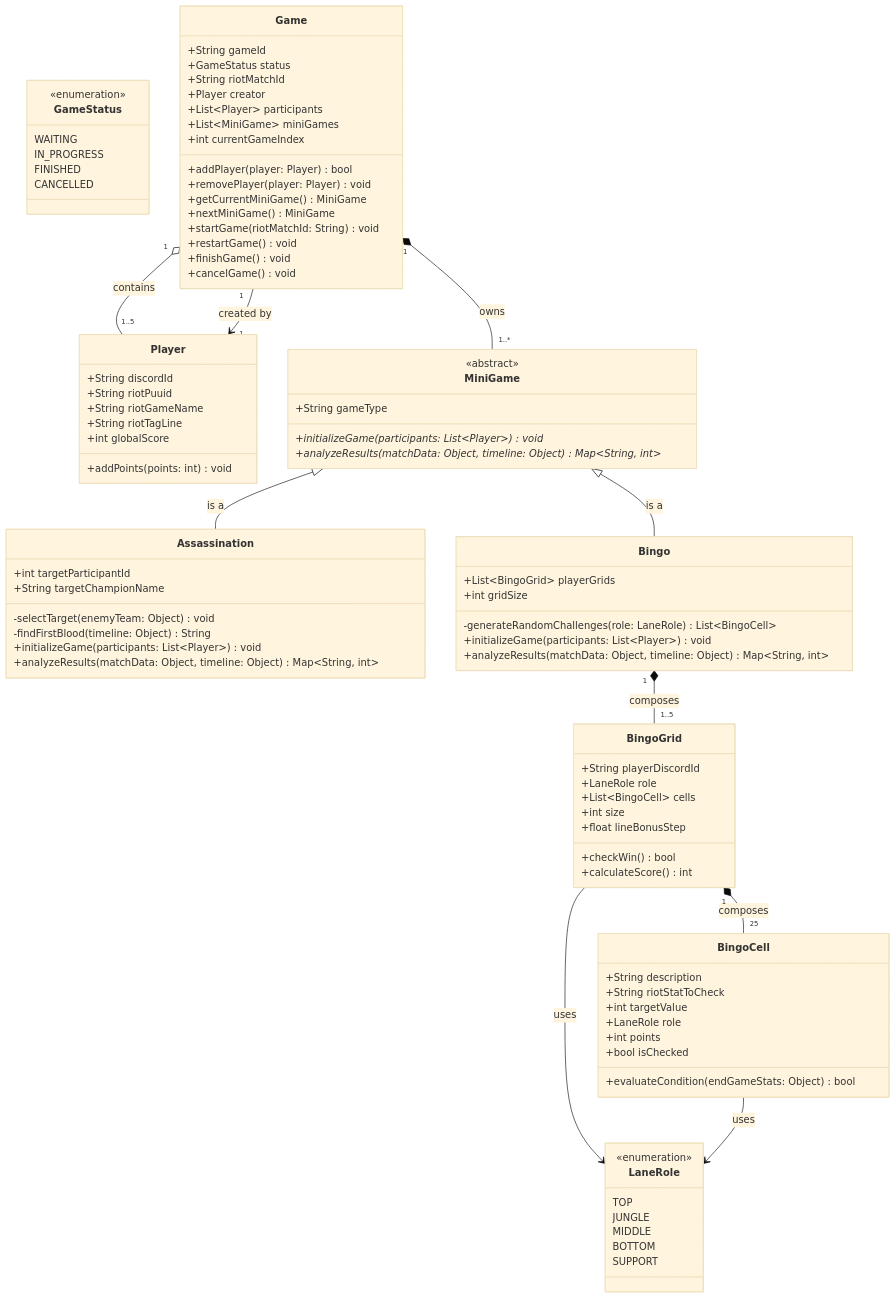
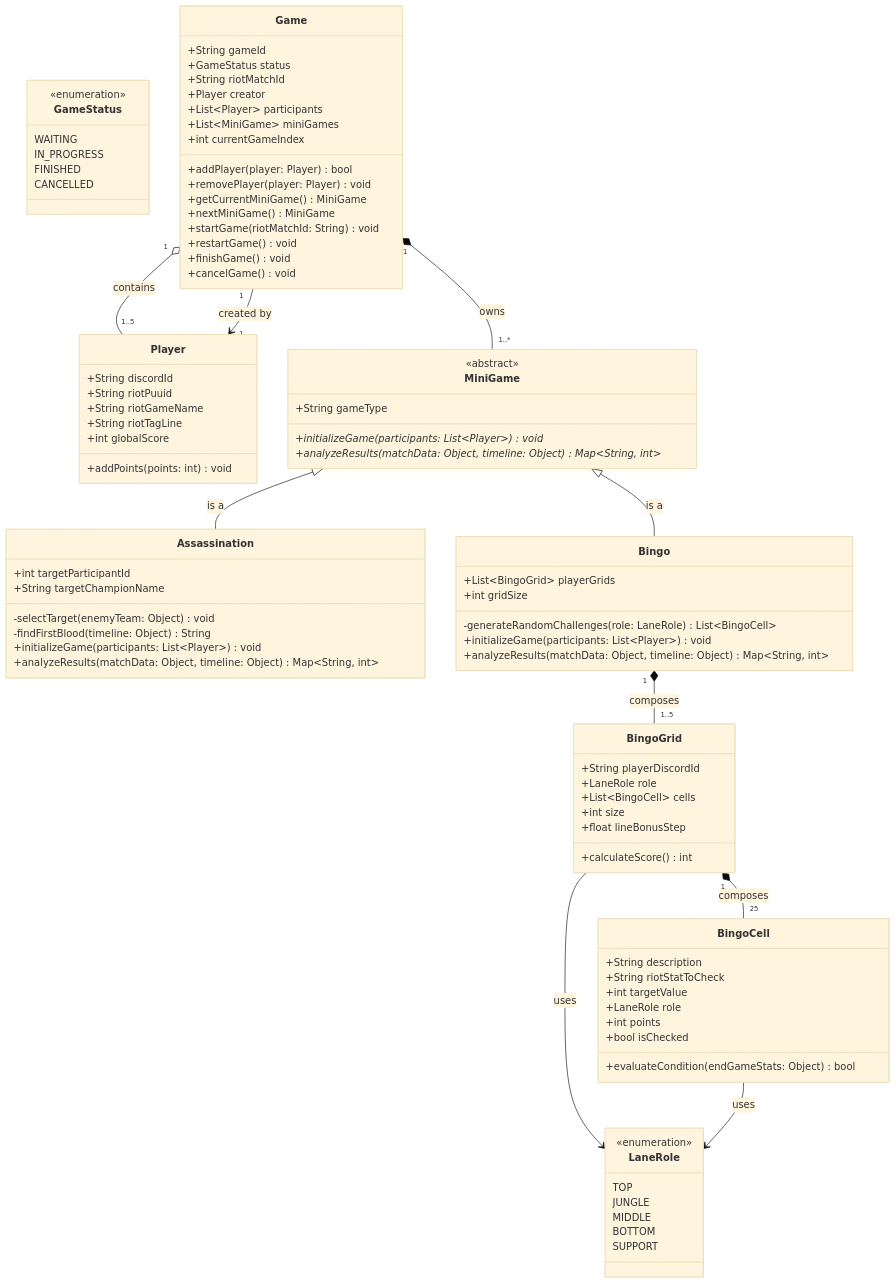
One commit to Jonas0o0/LolMiniGame changed the diagram in Achitecture/UML.md. Above: the diagram before and after it, drawn with Mermaid (base theme). The commit also changed 1 other file, not shown here.

Commit message:
feat (domain) : calculate bingo score method

```diff
--- a/Achitecture/UML.md
+++ b/Achitecture/UML.md
@@ -75,7 +75,6 @@
         +List~BingoCell~ cells
         +int size
         +float lineBonusStep
-        +checkWin() bool
         +calculateScore() int
     }
 
```
